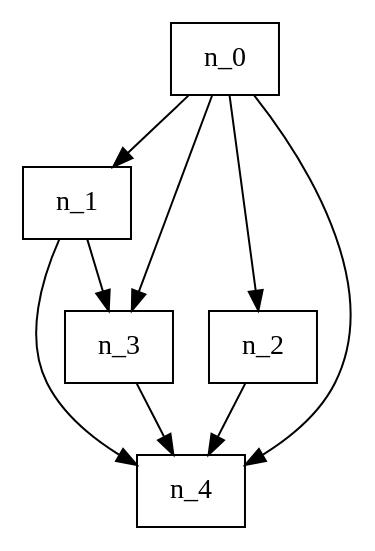
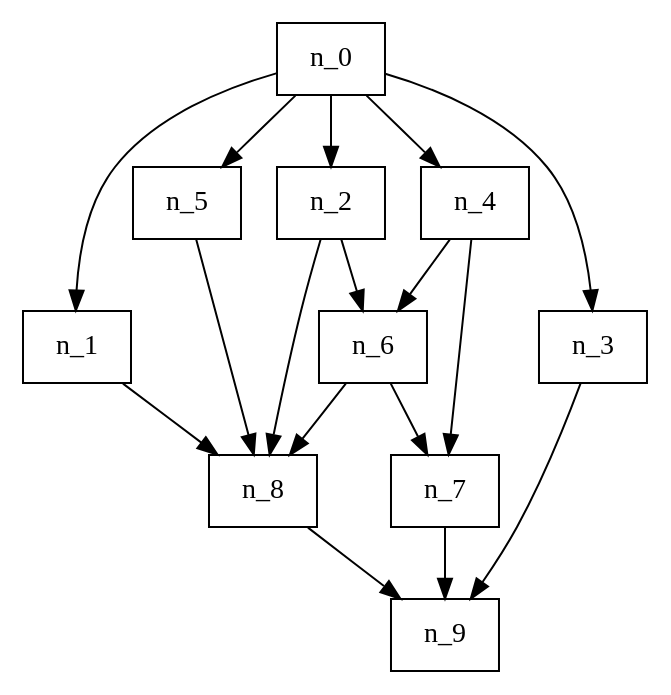
One commit to ctessler/libsched changed the diagram in ex/dtask-05.dot. Above: the diagram before and after it, drawn with Graphviz. The commit also changed 7 other files, not shown here.

```diff
--- a/ex/dtask-05.dot
+++ b/ex/dtask-05.dot
@@ -1,81 +1,150 @@
-strict digraph "Task{n=5,e=0.20}" {
-	graph [bb="0,0,163.97,252",
-		cpathlen=112,
-		deadline=450,
-		period=500,
-		workload=139
+strict digraph "Task{n=10,e=0.20}" {
+	graph [bb="0,0,312,324",
+		collapsed=0,
+		cpathlen=104,
+		deadline=342,
+		period=342,
+		workload=205
 	];
 	node [distance=0,
 		factor=0,
 		label="\N",
 		marked=0,
 		object=0,
 		shape=rectangle,
 		threads=0,
 		visited=0,
 		wcet=0,
 		wcetone=0
 	];
-	n_0	 [distance=27,
-		factor=0.117816,
+	n_0	 [distance=12,
+		factor=0.390984,
 		height=0.5,
-		pos="101,234",
-		texlbl="${d:27, n_0 = \langle o_0, c_1:27, c(1):27, F:0.12 \rangle}$",
+		object=2,
+		pos="154,306",
+		texlbl="${d:12, n_0 = \langle o_2, c_1:12, c(1):12, F:0.39 \rangle}$",
 		threads=1,
-		wcet=27,
-		wcetone=27,
+		wcet=12,
+		wcetone=12,
 		width=0.75];
-	n_1	 [distance=58,
-		factor=0.185624,
+	n_1	 [distance=24,
+		factor=0.390984,
 		height=0.5,
 		object=2,
 		pos="27,162",
-		texlbl="${d:58, n_1 = \langle o_2, c_1:31, c(1):31, F:0.19 \rangle}$",
+		texlbl="${d:24, n_1 = \langle o_2, c_1:12, c(1):12, F:0.39 \rangle}$",
 		threads=1,
-		wcet=31,
-		wcetone=31,
+		wcet=12,
+		wcetone=12,
 		width=0.75];
 	n_0 -> n_1 [key="n_0 -> n_1",
-	pos="e,45.667,180.16 82.327,215.83 73.475,207.22 62.751,196.79 53.111,187.4"];
-n_2 [distance=54,
-	factor=0.117816,
+	pos="e,26.39,180.13 126.59,299.57 101.72,292.27 65.988,277.88 46,252 32.474,234.49 28.024,209.56 26.788,190.38"];
+n_2 [distance=27,
+	factor=0.668321,
 	height=0.5,
-	pos="120,90",
-	texlbl="${d:54, n_2 = \langle o_0, c_1:27, c(1):27, F:0.12 \rangle}$",
+	object=1,
+	pos="154,234",
+	texlbl="${d:27, n_2 = \langle o_1, c_1:15, c(1):15, F:0.67 \rangle}$",
 	threads=1,
-	wcet=27,
-	wcetone=27,
+	wcet=15,
+	wcetone=15,
 	width=0.75];
 n_0 -> n_2 [key="n_0 -> n_2",
-pos="e,117.61,108.09 103.41,215.76 106.65,191.2 112.45,147.25 116.26,118.35"];
-n_3 [distance=85,
-factor=0.117816,
+pos="e,154,252.41 154,287.83 154,280.13 154,270.97 154,262.42"];
+n_3 [distance=24,
+factor=0.390984,
 height=0.5,
-pos="48,90",
-texlbl="${d:85, n_3 = \langle o_0, c_1:27, c(1):27, F:0.12 \rangle}$",
+object=2,
+pos="285,162",
+texlbl="${d:24, n_3 = \langle o_2, c_1:12, c(1):12, F:0.39 \rangle}$",
 threads=1,
-wcet=27,
-wcetone=27,
+wcet=12,
+wcetone=12,
 width=0.75];
 n_0 -> n_3 [key="n_0 -> n_3",
-pos="e,54.658,108.09 94.288,215.76 85.168,190.98 68.785,146.47 58.156,117.59"];
-n_4 [distance=112,
-factor=0.117816,
+pos="e,284.68,180.18 181.17,299.37 205.86,291.94 241.47,277.46 262,252 276.09,234.52 281.66,209.44 283.81,190.19"];
+n_4 [distance=24,
+factor=0.390984,
 height=0.5,
-pos="84,18",
-texlbl="${d:112, n_4 = \langle o_0, c_1:27, c(1):27, F:0.12 \rangle}$",
+object=2,
+pos="226,234",
+texlbl="${d:24, n_4 = \langle o_2, c_1:12, c(1):12, F:0.39 \rangle}$",
 threads=1,
-wcet=27,
-wcetone=27,
+wcet=12,
+wcetone=12,
 width=0.75];
 n_0 -> n_4 [key="n_0 -> n_4",
-pos="e,111.09,30.344 116.25,215.86 140.04,185.22 180.84,121.68 156,72 148.32,56.638 133.96,44.512 120.07,35.676"];
-n_1 -> n_3 [key="n_1 -> n_3",
-pos="e,42.629,108.41 32.299,143.83 34.57,136.05 37.275,126.77 39.794,118.13"];
-n_1 -> n_4 [key="n_1 -> n_4",
-pos="e,56.909,30.344 17.776,143.79 9.5789,124.9 0.52376,94.952 12,72 19.681,56.638 34.04,44.512 47.927,35.676"];
-n_2 -> n_4 [key="n_2 -> n_4",
-pos="e,93.207,36.413 110.92,71.831 106.94,63.877 102.18,54.369 97.786,45.572"];
-n_3 -> n_4 [key="n_3 -> n_4",
-pos="e,74.793,36.413 57.084,71.831 61.061,63.877 65.815,54.369 70.214,45.572"];
+pos="e,207.59,252.41 172.17,287.83 180.72,279.28 191.06,268.94 200.38,259.62"];
+n_5 [distance=27,
+factor=0.668321,
+height=0.5,
+object=1,
+pos="82,234",
+texlbl="${d:27, n_5 = \langle o_1, c_1:15, c(1):15, F:0.67 \rangle}$",
+threads=1,
+wcet=15,
+wcetone=15,
+width=0.75];
+n_0 -> n_5 [key="n_0 -> n_5",
+pos="e,100.41,252.41 135.83,287.83 127.28,279.28 116.94,268.94 107.62,259.62"];
+n_8 [distance=89,
+factor=0.197746,
+height=0.5,
+pos="120,90",
+texlbl="${d:89, n_8 = \langle o_0, c_1:50, c(1):50, F:0.20 \rangle}$",
+threads=1,
+wcet=50,
+wcetone=50,
+width=0.75];
+n_1 -> n_8 [key="n_1 -> n_8",
+pos="e,96.54,108.16 50.468,143.83 62.033,134.88 76.14,123.96 88.618,114.3"];
+n_2 -> n_8 [key="n_2 -> n_8",
+pos="e,123.45,108 148.57,215.58 145.59,205.18 141.91,191.91 139,180 133.96,159.35 129.02,135.84 125.44,118.03"];
+n_6 [distance=39,
+factor=0.390984,
+height=0.5,
+object=2,
+pos="175,162",
+texlbl="${d:39, n_6 = \langle o_2, c_1:12, c(1):12, F:0.39 \rangle}$",
+threads=1,
+wcet=12,
+wcetone=12,
+width=0.75];
+n_2 -> n_6 [key="n_2 -> n_6",
+pos="e,169.63,180.41 159.3,215.83 161.57,208.05 164.27,198.77 166.79,190.13"];
+n_9 [distance=104,
+factor=0.668321,
+height=0.5,
+object=1,
+pos="211,18",
+texlbl="${d:104, n_9 = \langle o_1, c_1:15, c(1):15, F:0.67 \rangle}$",
+threads=1,
+wcet=15,
+wcetone=15,
+width=0.75];
+n_3 -> n_9 [key="n_3 -> n_9",
+pos="e,224.56,36.452 278.53,143.95 271.64,125.44 259.94,96.045 247,72 242.09,62.869 236.05,53.324 230.34,44.843"];
+n_4 -> n_6 [key="n_4 -> n_6",
+pos="e,188.04,180.41 213.13,215.83 207.32,207.62 200.33,197.76 193.94,188.73"];
+n_7 [distance=89,
+factor=0.197746,
+height=0.5,
+pos="211,90",
+texlbl="${d:89, n_7 = \langle o_0, c_1:50, c(1):50, F:0.20 \rangle}$",
+threads=1,
+wcet=50,
+wcetone=50,
+width=0.75];
+n_4 -> n_7 [key="n_4 -> n_7",
+pos="e,212.88,108.09 224.1,215.76 221.54,191.2 216.96,147.25 213.95,118.35"];
+n_5 -> n_8 [key="n_5 -> n_8",
+pos="e,115.23,108.09 86.813,215.76 93.323,191.09 105,146.86 112.62,117.97"];
+n_8 -> n_9 [key="n_8 -> n_9",
+pos="e,188.04,36.163 142.96,71.831 154.17,62.963 167.82,52.164 179.94,42.572"];
+n_6 -> n_8 [key="n_6 -> n_8",
+pos="e,134.07,108.41 161.12,143.83 154.79,135.54 147.16,125.56 140.21,116.45"];
+n_6 -> n_7 [key="n_6 -> n_7",
+pos="e,201.79,108.41 184.08,143.83 188.06,135.88 192.82,126.37 197.21,117.57"];
+n_7 -> n_9 [key="n_7 -> n_9",
+pos="e,211,36.413 211,71.831 211,64.131 211,54.974 211,46.417"];
 }
```
